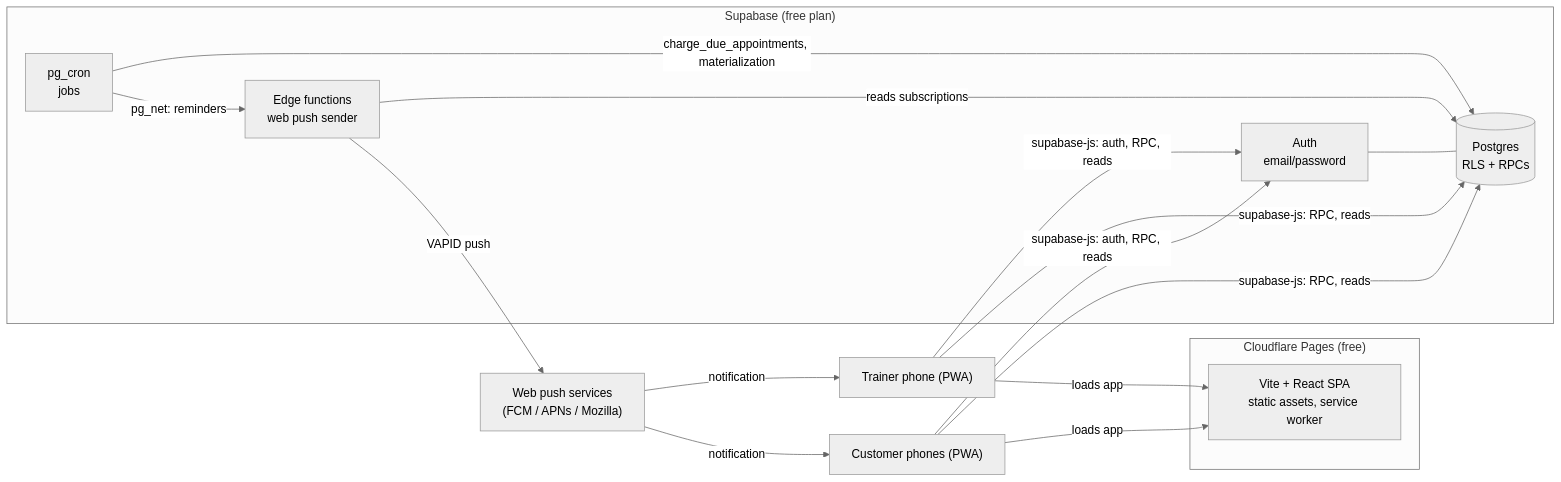
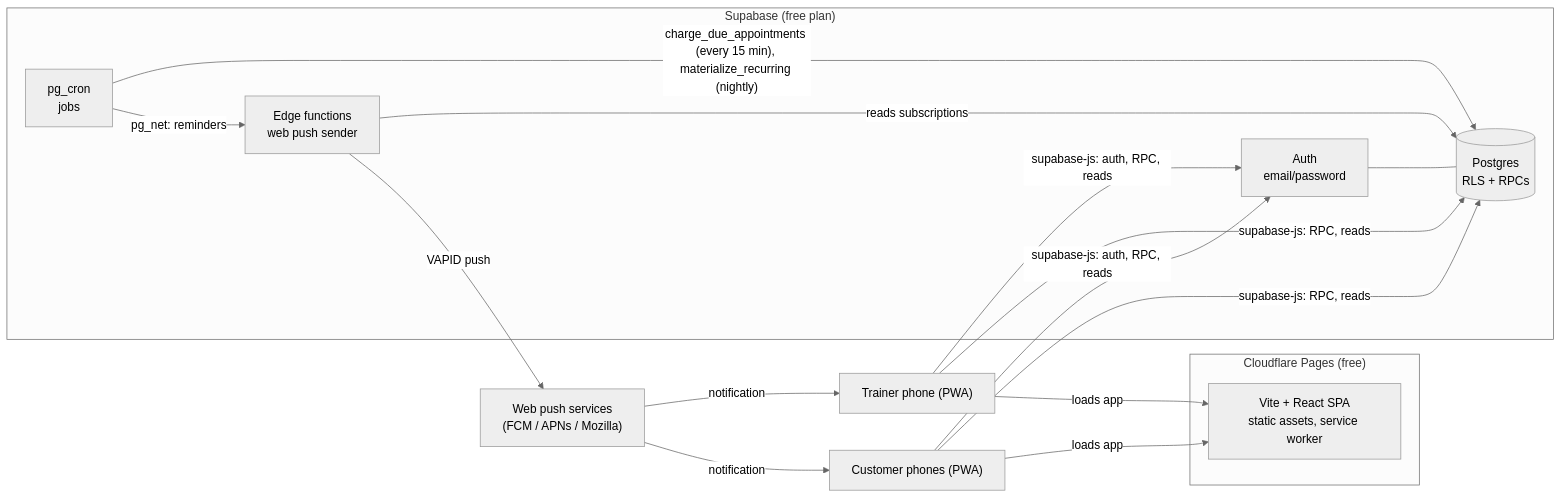
The diagram in docs/architecture/system-context.md (JasaGlazar/amrap), drawn with Mermaid (neutral theme) before and after one commit. The commit also changed 7 other files, not shown here.

First line of the commit message:
feat(db): schedule the charge and materialization jobs with pg_cron

````diff
--- a/docs/architecture/system-context.md
+++ b/docs/architecture/system-context.md
@@ -9,29 +9,29 @@
 ```mermaid
 flowchart LR
     trainer["Trainer phone (PWA)"]
     customer["Customer phones (PWA)"]
     subgraph cf["Cloudflare Pages (free)"]
         spa["Vite + React SPA<br/>static assets, service worker"]
     end
     subgraph sb["Supabase (free plan)"]
         auth["Auth<br/>email/password"]
         pg[("Postgres<br/>RLS + RPCs")]
         cron["pg_cron<br/>jobs"]
         edge["Edge functions<br/>web push sender"]
     end
     push["Web push services<br/>(FCM / APNs / Mozilla)"]
 
     trainer -->|"loads app"| spa
     customer -->|"loads app"| spa
     trainer -->|"supabase-js: auth, RPC, reads"| auth
     trainer -->|"supabase-js: RPC, reads"| pg
     customer -->|"supabase-js: auth, RPC, reads"| auth
     customer -->|"supabase-js: RPC, reads"| pg
     auth --- pg
-    cron -->|"charge_due_appointments, materialization"| pg
+    cron -->|"charge_due_appointments (every 15 min), materialize_recurring (nightly)"| pg
     cron -->|"pg_net: reminders"| edge
     edge -->|"reads subscriptions"| pg
     edge -->|"VAPID push"| push
     push -->|"notification"| trainer
     push -->|"notification"| customer
 ```
````
